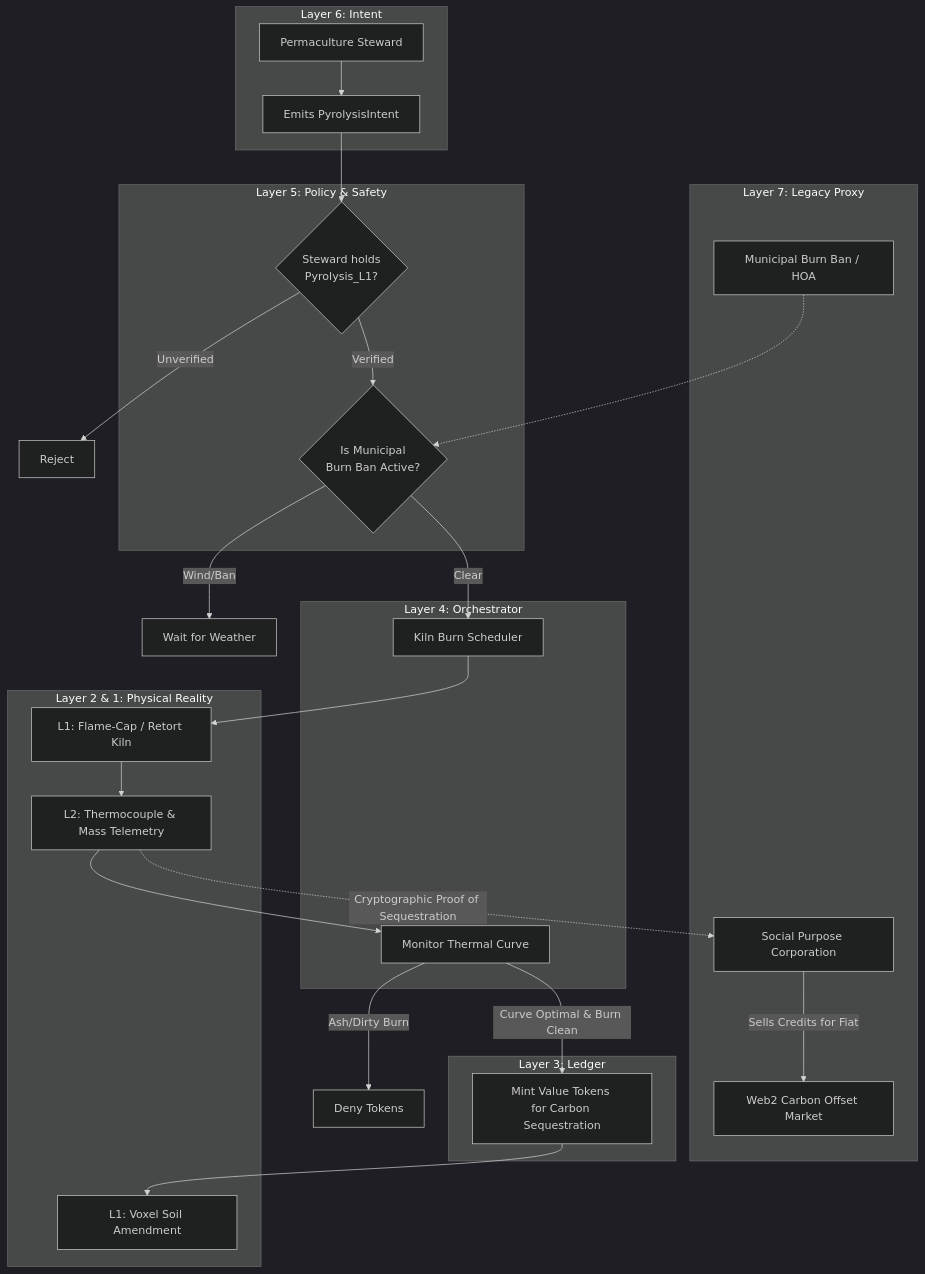
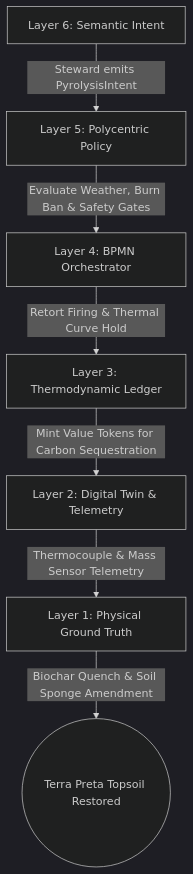
Before and after one commit to raffaine/collective: the first of 4 diagrams in docs/scenarios/mu_extraction.md, drawn with Mermaid (dark theme). The commit also changed other lines of this file and 62 other files, not shown here.

First line of the commit message:
feat(sprint-1): Oasis V4 WebGPU Engine & Sovereign Stack V2 Architecture

````diff
--- a/docs/scenarios/mu_extraction.md
+++ b/docs/scenarios/mu_extraction.md
@@ -45,56 +37,9 @@
 ```mermaid
 graph TD
-    subgraph Layer 7: Legacy Proxy
-        CarbonRegistry[Web2 Carbon Offset Market]
-        SPC[Social Purpose Corporation]
-        Gov[Municipal Burn Ban / HOA]
-    end
-
-    subgraph Layer 6: Intent
-        Steward[Permaculture Steward]
-        Intent[Emits PyrolysisIntent]
-    end
-
-    subgraph Layer 5: Policy & Safety
-        WeatherCheck{Is Municipal <br>Burn Ban Active?}
-        CredCheck{Steward holds <br>Pyrolysis_L1?}
-    end
-
-    subgraph Layer 4: Orchestrator
-        BPMN[Kiln Burn Scheduler]
-        Monitor[Monitor Thermal Curve]
-    end
-
-    subgraph Layer 3: Ledger
-        Mint[Mint Value Tokens <br>for Carbon Sequestration]
-    end
-
-    subgraph Layer 2 & 1: Physical Reality
-        Kiln[L1: Flame-Cap / Retort Kiln]
-        Sensors[L2: Thermocouple & Mass Telemetry]
-        Soil[L1: Voxel Soil Amendment]
-    end
-
-    %% Legacy Flow
-    Sensors -.->|Cryptographic Proof of Sequestration| SPC
-    SPC -->|Sells Credits for Fiat| CarbonRegistry
-    Gov -.-> WeatherCheck
-
-    %% Sovereign Flow
-    Steward --> Intent
-    Intent --> CredCheck
-    CredCheck -->|Verified| WeatherCheck
-    CredCheck -->|Unverified| Block[Reject]
-    
-    WeatherCheck -->|Clear| BPMN
-    WeatherCheck -->|Wind/Ban| Suspend[Wait for Weather]
-    
-    BPMN --> Kiln
-    Kiln --> Sensors
-    Sensors --> Monitor
-    
-    Monitor -->|Curve Optimal & Burn Clean| Mint
-    Monitor -->|Ash/Dirty Burn| Penalty[Deny Tokens]
-    
-    Mint --> Soil
+    L6[Layer 6: Semantic Intent] -->|Steward emits PyrolysisIntent| L5[Layer 5: Polycentric Policy]
+    L5 -->|Evaluate Weather, Burn Ban & Safety Gates| L4[Layer 4: BPMN Orchestrator]
+    L4 -->|Retort Firing & Thermal Curve Hold| L3[Layer 3: Thermodynamic Ledger]
+    L3 -->|Mint Value Tokens for Carbon Sequestration| L2[Layer 2: Digital Twin & Telemetry]
+    L2 -->|Thermocouple & Mass Sensor Telemetry| L1[Layer 1: Physical Ground Truth]
+    L1 -->|Biochar Quench & Soil Sponge Amendment| End((Terra Preta Topsoil Restored))
 ```
````
